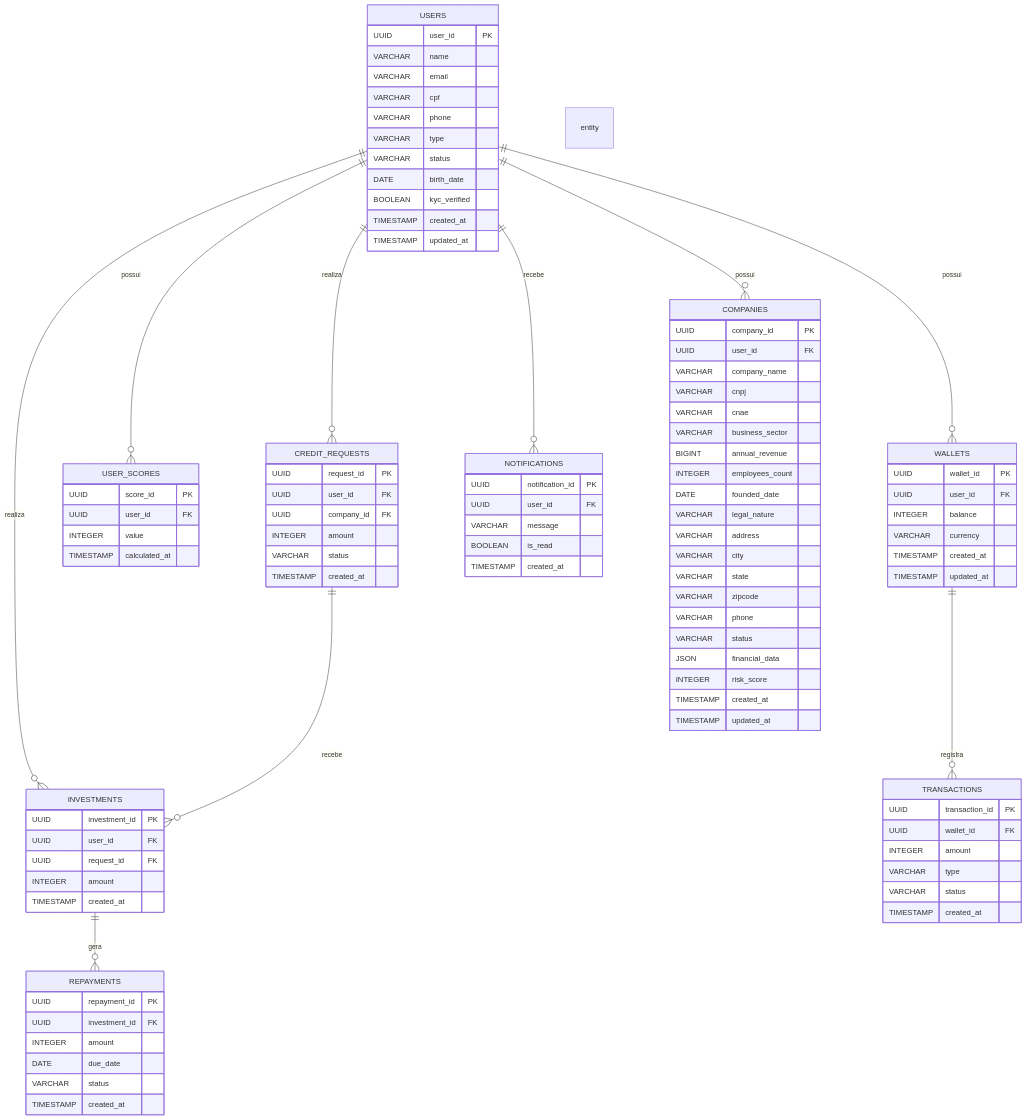
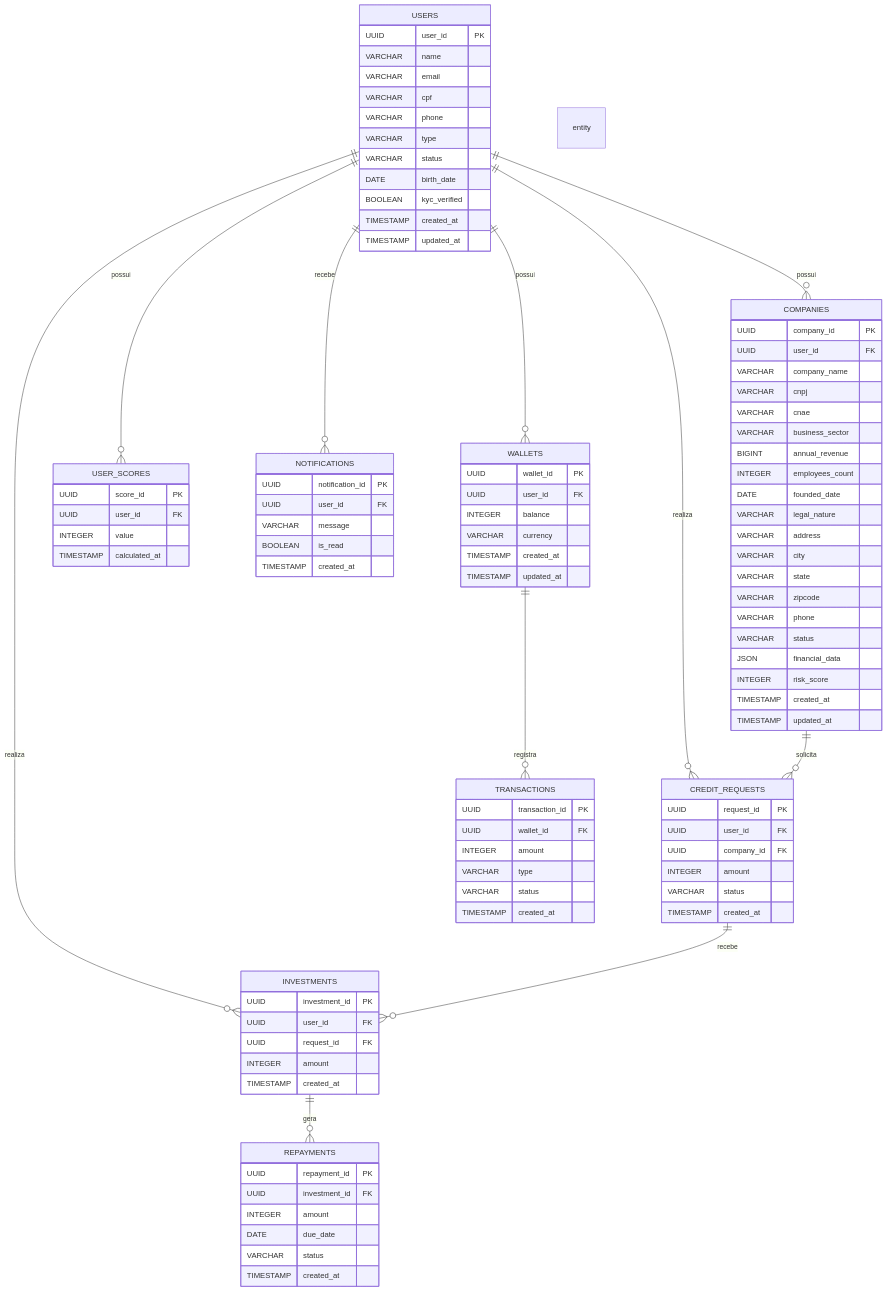
One commit to QInvest/qinvest changed the diagram in README.md. Above: the diagram before and after it, drawn with Mermaid.

Commit message:
docs: Update ER diagram to include relationship between COMPANIES and CREDIT_REQUESTS

```diff
--- a/README.md
+++ b/README.md
@@ -28,6 +28,7 @@
     USERS ||--o{ INVESTMENTS : "realiza"
     USERS ||--o{ NOTIFICATIONS : "recebe"
     USERS ||--o{ COMPANIES : "possui"
+    COMPANIES ||--o{ CREDIT_REQUESTS : "solicita"
     WALLETS ||--o{ TRANSACTIONS : "registra"
     CREDIT_REQUESTS ||--o{ INVESTMENTS : "recebe"
     INVESTMENTS ||--o{ REPAYMENTS : "gera"
```
